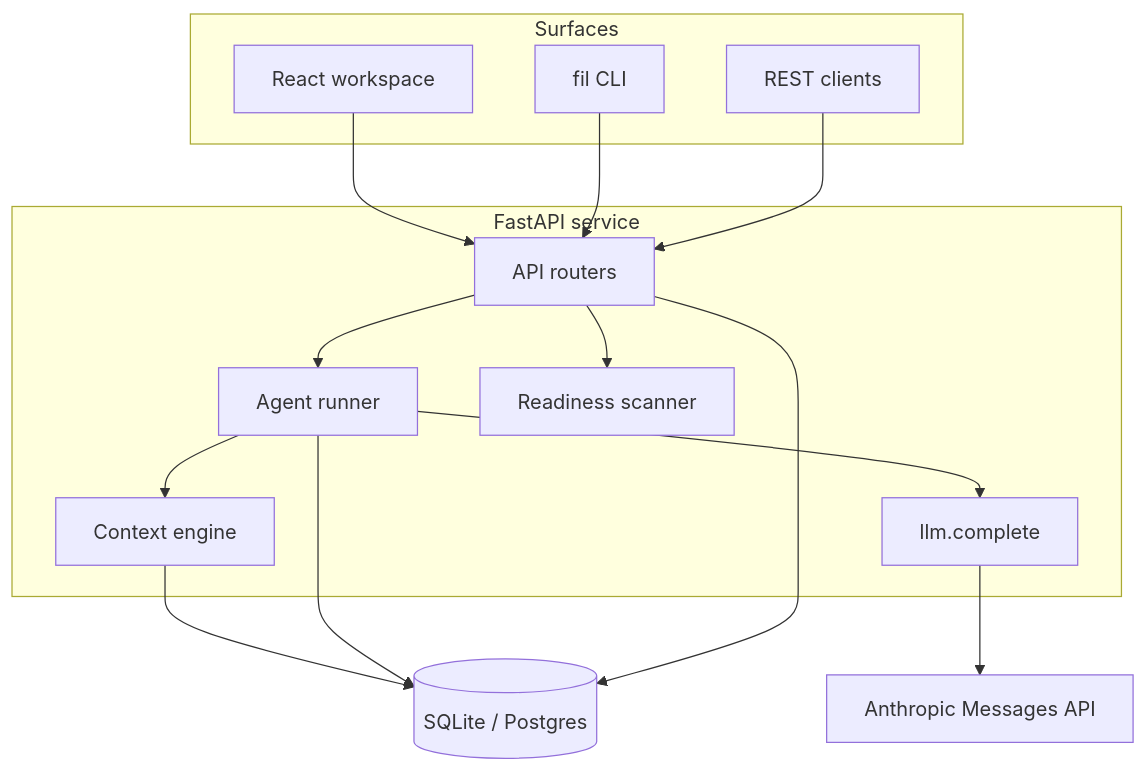
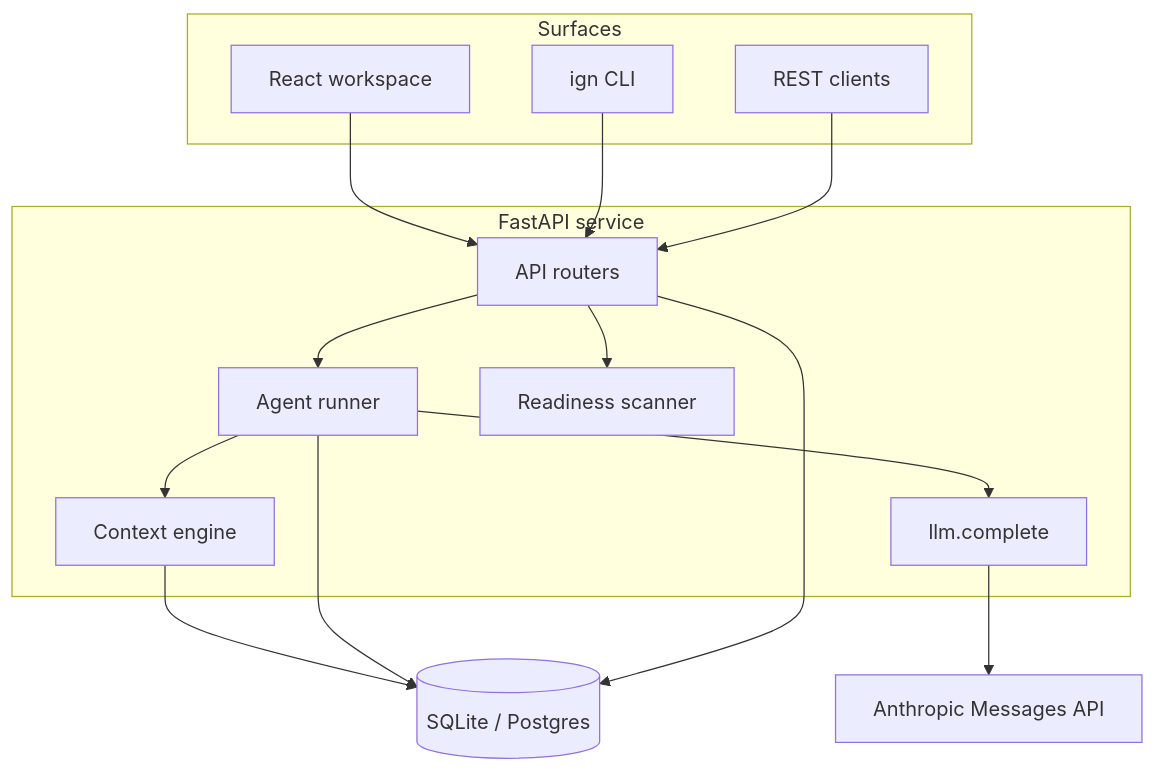
The diagram in docs/ARCHITECTURE.md (Pradeeprajagopal18/filament), drawn with Mermaid before and after one commit. The commit also changed other lines of this file and 167 other files, not shown here.

````diff
--- a/docs/ARCHITECTURE.md
+++ b/docs/ARCHITECTURE.md
@@ -6,28 +6,28 @@
 ```mermaid
 flowchart TB
   subgraph Surfaces
     UI[React workspace]
-    CLI[fil CLI]
+    CLI[ign CLI]
     API_Clients[REST clients]
   end
   subgraph Service["FastAPI service"]
     Routes[API routers]
     Runner[Agent runner]
     Ctx[Context engine]
     LLM[llm.complete]
     Ready[Readiness scanner]
   end
   DB[(SQLite / Postgres)]
   Claude[Anthropic Messages API]
 
   UI --> Routes
   CLI --> Routes
   API_Clients --> Routes
   Routes --> Runner
   Runner --> Ctx
   Ctx --> DB
   Runner --> LLM --> Claude
   Runner --> DB
   Routes --> Ready
   Routes --> DB
 ```
````
